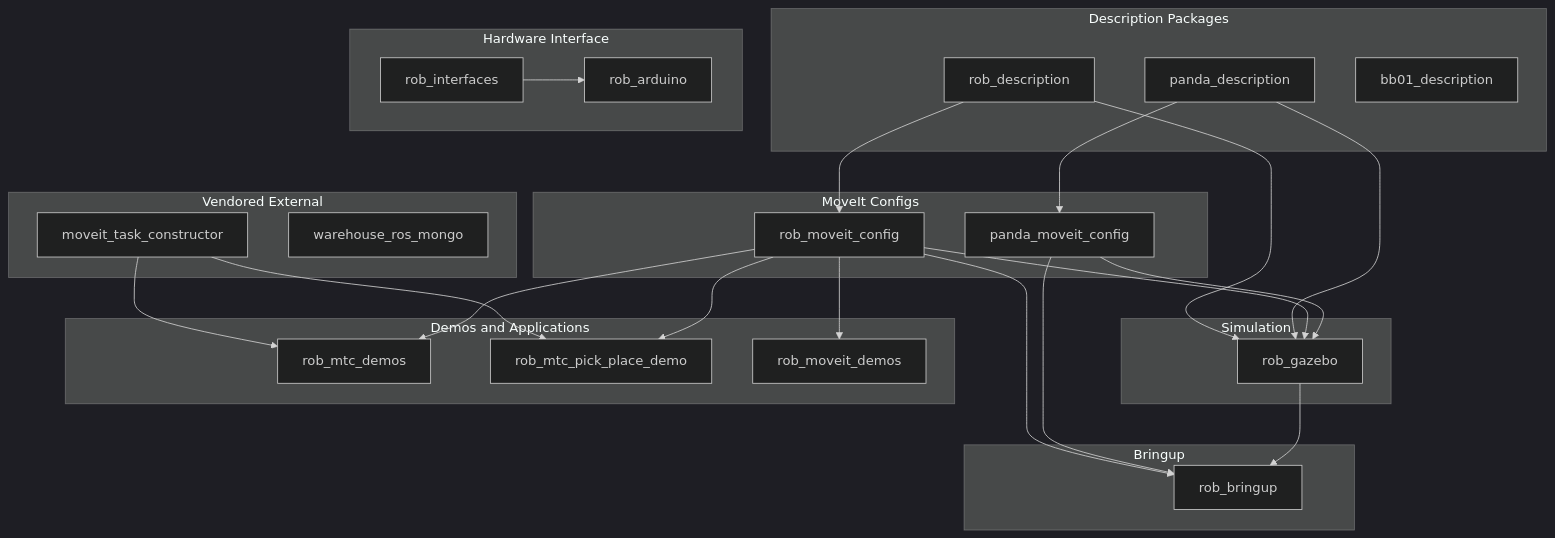
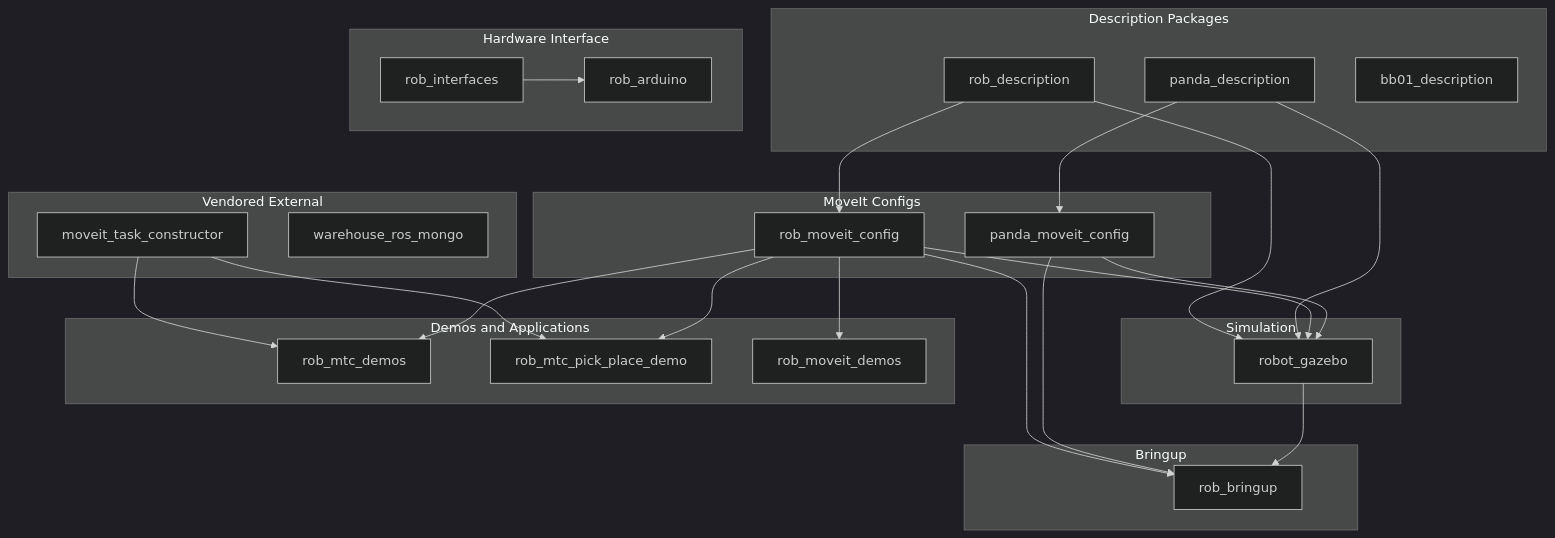
The first of 4 diagrams in docs/architecture/package-relationships.md (AlexDevCol/MECH490-Capstone), drawn with Mermaid (dark theme) before and after one commit. The commit also changed other lines of this file and 596 other files, not shown here.

````diff
--- a/docs/architecture/package-relationships.md
+++ b/docs/architecture/package-relationships.md
@@ -7,58 +7,58 @@
 ```mermaid
 graph TB
     subgraph description [Description Packages]
         panda_desc[panda_description]
         rob_desc[rob_description]
         bb01_desc[bb01_description]
     end
     
     subgraph moveit [MoveIt Configs]
         panda_moveit[panda_moveit_config]
         rob_moveit[rob_moveit_config]
     end
     
     subgraph sim [Simulation]
-        rob_gazebo[rob_gazebo]
+        robot_gazebo[robot_gazebo]
     end
     
     subgraph demos [Demos and Applications]
         rob_mtc[rob_mtc_demos]
         rob_pick[rob_mtc_pick_place_demo]
         rob_moveit_demos[rob_moveit_demos]
     end
     
     subgraph bringup [Bringup]
         rob_bringup[rob_bringup]
     end
     
     subgraph hw [Hardware Interface]
         rob_arduino[rob_arduino]
         rob_interfaces[rob_interfaces]
     end
     
     subgraph external [Vendored External]
         mtc[moveit_task_constructor]
         warehouse[warehouse_ros_mongo]
     end
     
     panda_desc --> panda_moveit
     rob_desc --> rob_moveit
     
-    panda_moveit --> rob_gazebo
-    rob_moveit --> rob_gazebo
-    panda_desc --> rob_gazebo
-    rob_desc --> rob_gazebo
+    panda_moveit --> robot_gazebo
+    rob_moveit --> robot_gazebo
+    panda_desc --> robot_gazebo
+    rob_desc --> robot_gazebo
     
     rob_moveit --> rob_mtc
     mtc --> rob_mtc
     rob_moveit --> rob_pick
     mtc --> rob_pick
     
     rob_moveit --> rob_moveit_demos
     
-    rob_gazebo --> rob_bringup
+    robot_gazebo --> rob_bringup
     panda_moveit --> rob_bringup
     rob_moveit --> rob_bringup
     
     rob_interfaces --> rob_arduino
 ```
````
